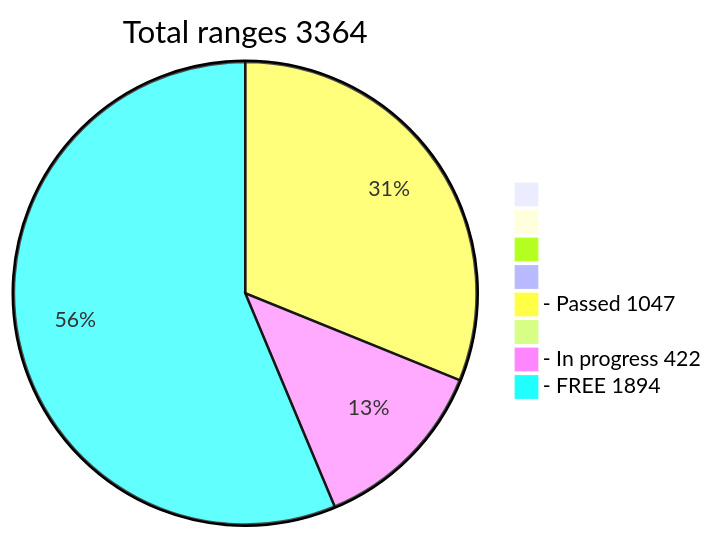
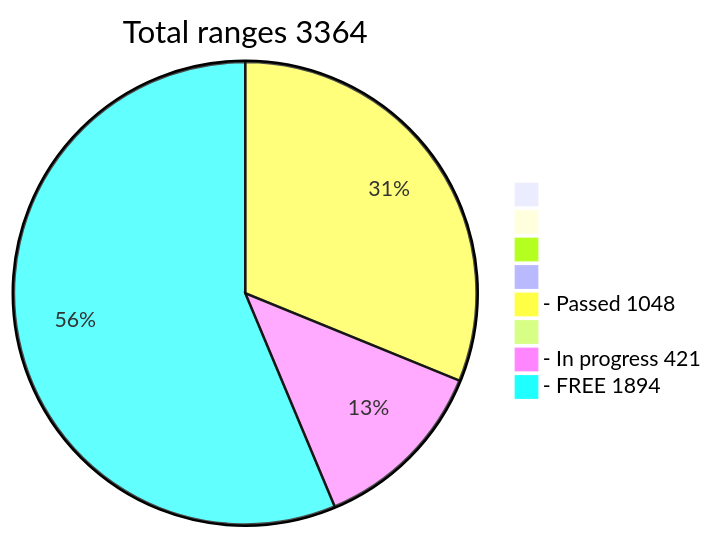
Before and after one commit to phrutis/wif500: the diagram in README.md, drawn with Mermaid.

````diff
--- a/README.md
+++ b/README.md
@@ -16,12 +16,12 @@
 ```mermaid
 pie title Total ranges 3364
              " " : 0
             "  " : 0
            "   " : 0
           "    " : 0
-  "- Passed 1047" : 1047
+  "- Passed 1048" : 1048
          "     " : 0
-  "- In progress 422" : 422
+  "- In progress 421" : 421
    "- FREE 1894" : 1894
    
 ```
````
